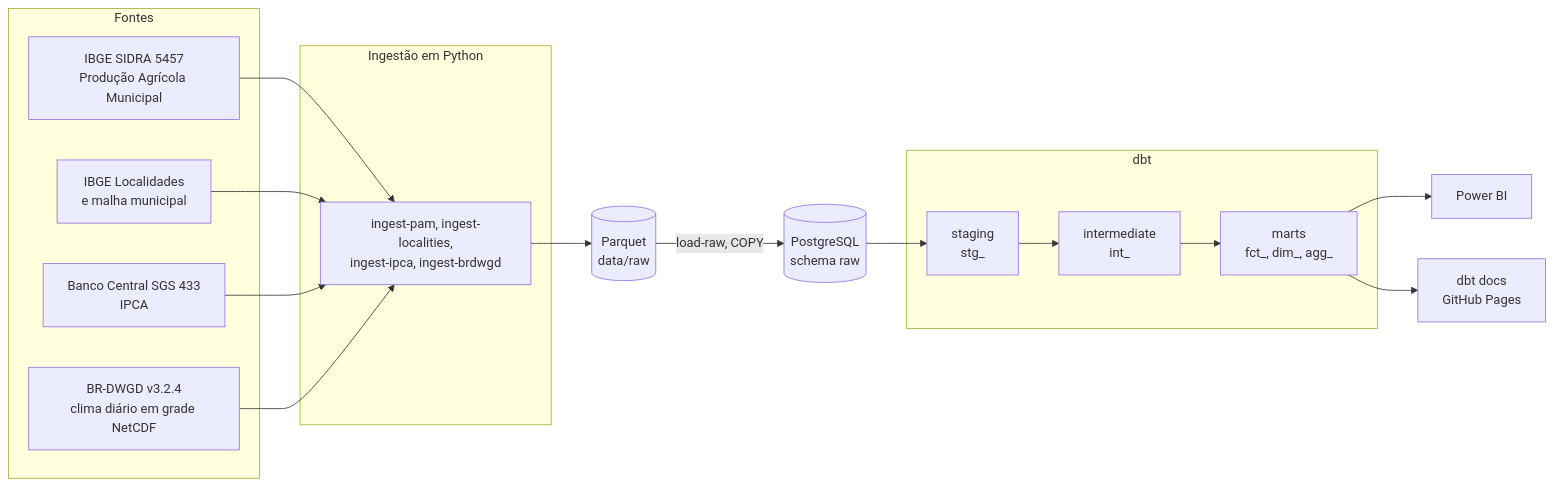
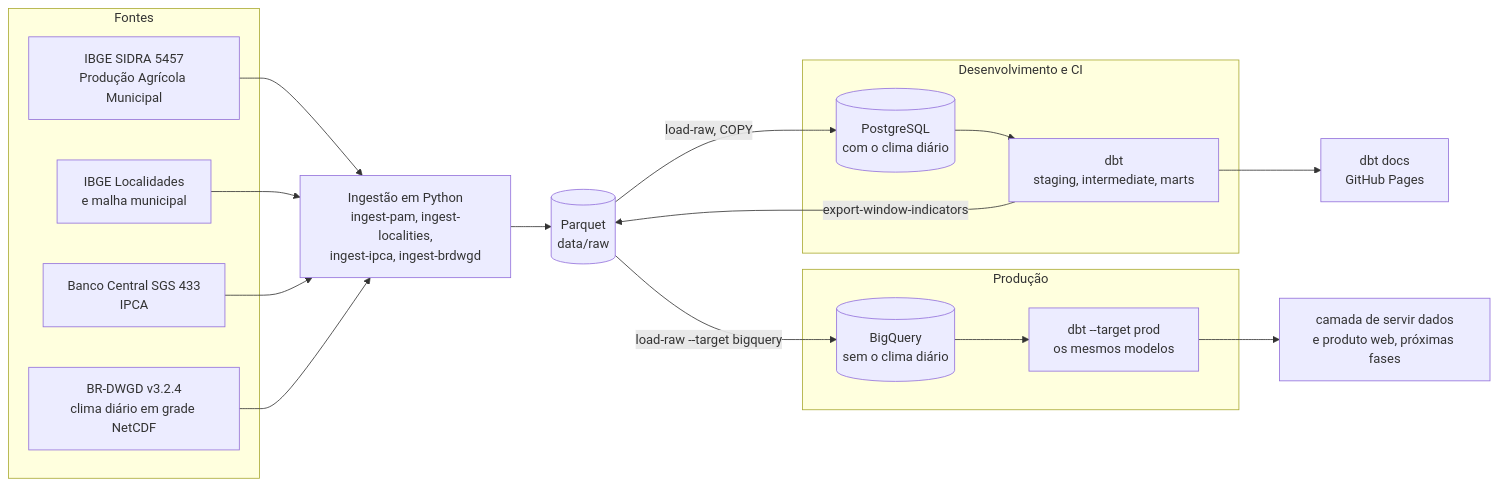
The diagram in README.md (alveshenriique/agro-observatory), drawn with Mermaid before and after one commit. The commit also changed other lines of this file and 2 other files, not shown here.

Commit message:
docs: document BigQuery in production and its operation
docs/DECISOES.md: the sandbox and the lean architecture as a technical decision (the product does not depend on the warehouse, the heavy climate stays local, only derived models go up), the sandbox limits including the lifetime storage quota, the dbt layout, the raw differences between the two databases, floating-point ratios, the safety lock and the validation results; and the operation: reload procedure, expiration and the quota consumption table. README: status and architecture diagram. The quota log records each measured write.

````diff
--- a/README.md
+++ b/README.md
@@ -32,20 +33,25 @@
 ```mermaid
 flowchart LR
     subgraph fontes [Fontes]
         sidra[IBGE SIDRA 5457<br>Produção Agrícola Municipal]
         loc[IBGE Localidades<br>e malha municipal]
         sgs[Banco Central SGS 433<br>IPCA]
         dwgd[BR-DWGD v3.2.4<br>clima diário em grade NetCDF]
     end
-    subgraph ingestao [Ingestão em Python]
-        ing[ingest-pam, ingest-localities,<br>ingest-ipca, ingest-brdwgd]
+    ing[Ingestão em Python<br>ingest-pam, ingest-localities,<br>ingest-ipca, ingest-brdwgd]
+    raw[(Parquet<br>data/raw)]
+    subgraph local [Desenvolvimento e CI]
+        pg[(PostgreSQL<br>com o clima diário)]
+        dbtpg[dbt<br>staging, intermediate, marts]
     end
-    raw[(Parquet<br>data/raw)]
-    pg[(PostgreSQL<br>schema raw)]
-    subgraph dbt [dbt]
-        stg[staging<br>stg_] --> int[intermediate<br>int_] --> marts[marts<br>fct_, dim_, agg_]
+    subgraph producao [Produção]
+        bq[(BigQuery<br>sem o clima diário)]
+        dbtbq["dbt --target prod<br>os mesmos modelos"]
     end
-    sidra & loc & sgs & dwgd --> ing --> raw -->|load-raw, COPY| pg --> stg
-    marts --> bi[Power BI]
-    marts --> site[dbt docs<br>GitHub Pages]
+    sidra & loc & sgs & dwgd --> ing --> raw
+    raw -->|"load-raw, COPY"| pg --> dbtpg
+    dbtpg -->|export-window-indicators| raw
+    raw -->|"load-raw --target bigquery"| bq --> dbtbq
+    dbtpg --> docs[dbt docs<br>GitHub Pages]
+    dbtbq --> serve[camada de servir dados<br>e produto web, próximas fases]
 ```
````
